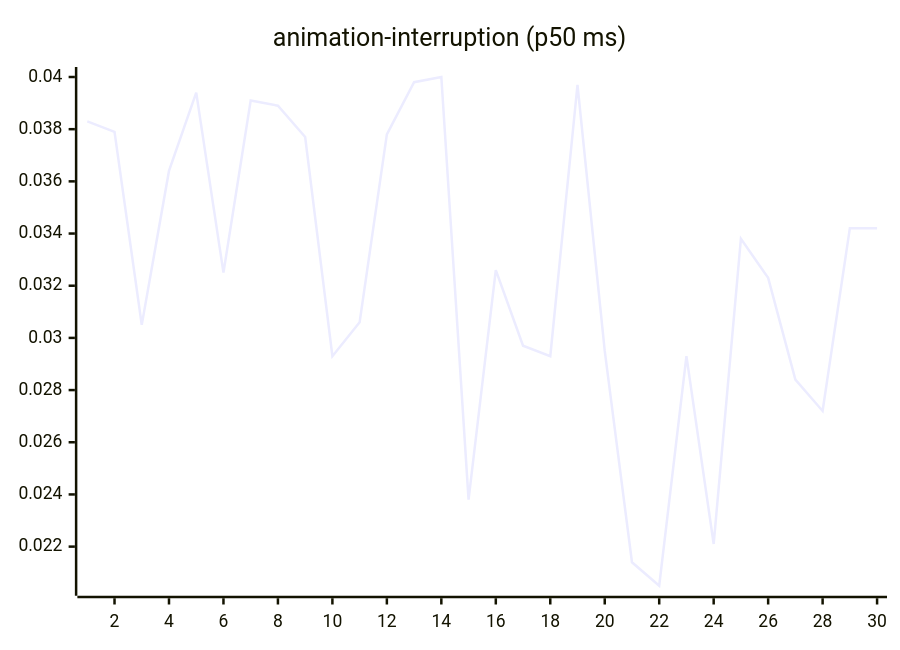
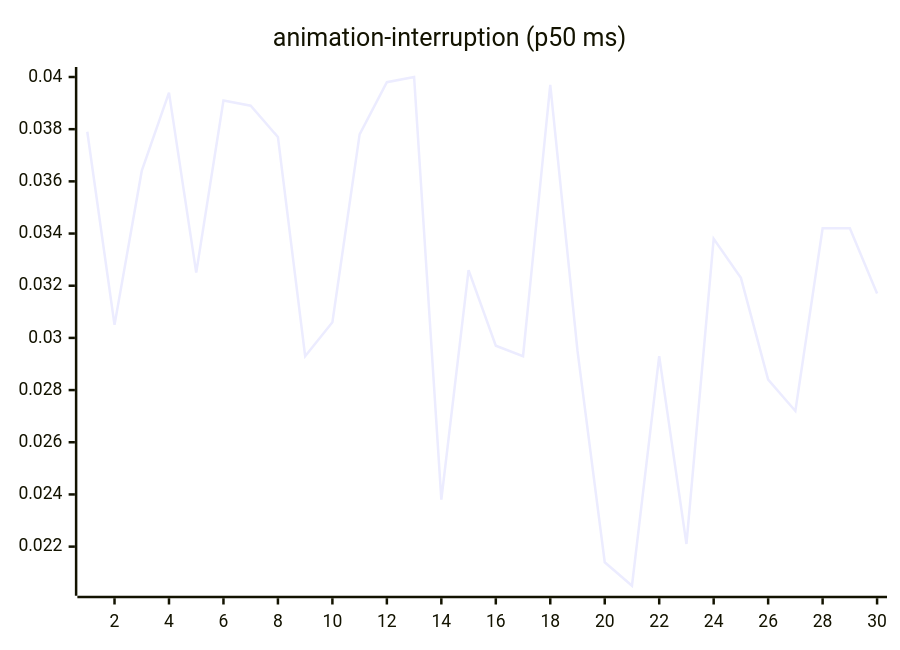
Before and after one commit to josha/Facet: the third of 27 diagrams in README.md, drawn with Mermaid. The commit also changed other lines of this file and 2 other files, not shown here.

````diff
--- a/README.md
+++ b/README.md
@@ -77,6 +77,6 @@
 ```mermaid
 xychart-beta
     title "animation-interruption (p50 ms)"
     x-axis 1 --> 30
-    line [0.0383, 0.0379, 0.0305, 0.0364, 0.0394, 0.0325, 0.0391, 0.0389, 0.0377, 0.0293, 0.0306, 0.0378, 0.0398, 0.0400, 0.0238, 0.0326, 0.0297, 0.0293, 0.0397, 0.0295, 0.0214, 0.0205, 0.0293, 0.0221, 0.0338, 0.0323, 0.0284, 0.0272, 0.0342, 0.0342]
+    line [0.0379, 0.0305, 0.0364, 0.0394, 0.0325, 0.0391, 0.0389, 0.0377, 0.0293, 0.0306, 0.0378, 0.0398, 0.0400, 0.0238, 0.0326, 0.0297, 0.0293, 0.0397, 0.0295, 0.0214, 0.0205, 0.0293, 0.0221, 0.0338, 0.0323, 0.0284, 0.0272, 0.0342, 0.0342, 0.0317]
 ```
````
